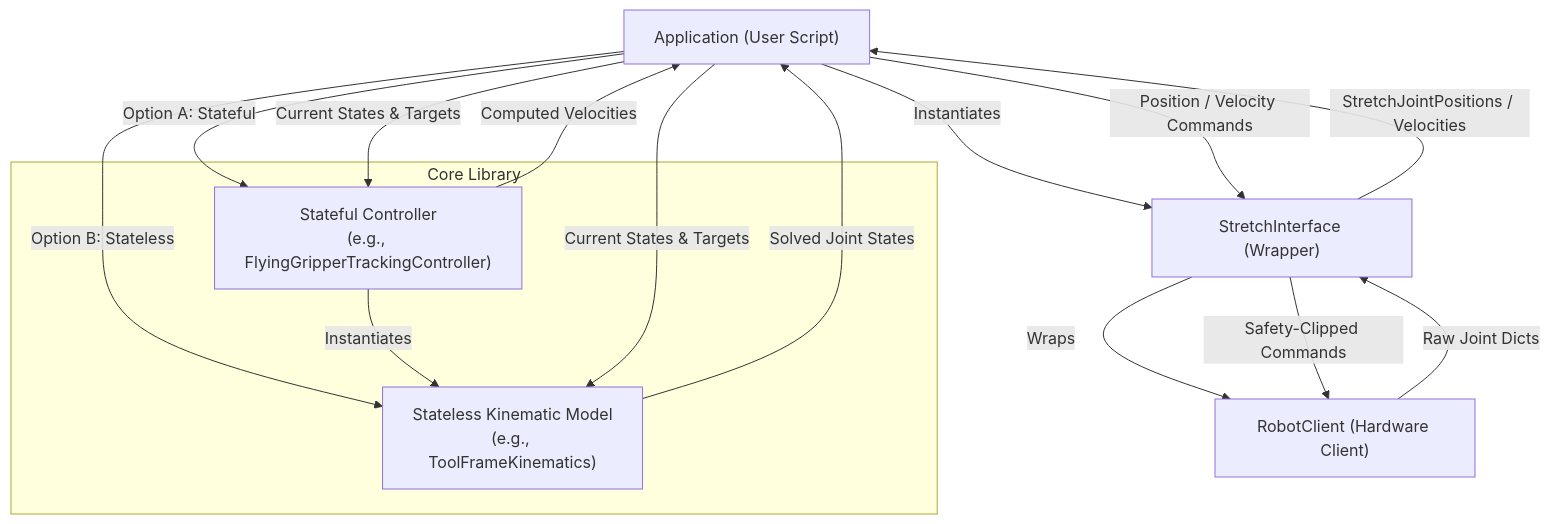
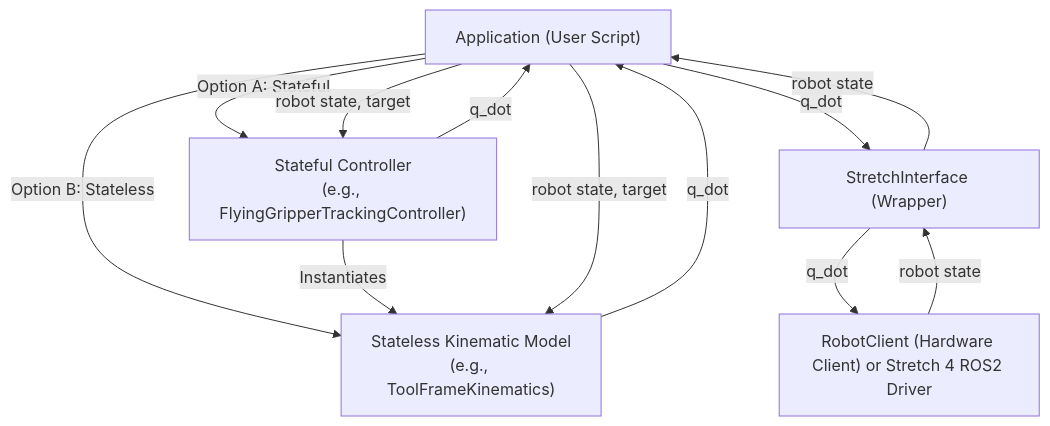
The diagram in README.md (hello-robot/stretch4_kinematics), drawn with Mermaid before and after one commit.

````diff
--- a/README.md
+++ b/README.md
@@ -48,32 +48,27 @@
 ```mermaid
 graph TD
     App["Application (User Script)"]
     IF["StretchInterface (Wrapper)"]
-    RC["RobotClient (Hardware Client)"]
+    RC["RobotClient (Hardware Client) or Stretch 4 ROS2 Driver"]
     
-    subgraph Core Library
-        Ctrl["Stateful Controller<br/>(e.g., FlyingGripperTrackingController)"]
-        Kin["Stateless Kinematic Model<br/>(e.g., ToolFrameKinematics)"]
-    end
-
-    App -->|Instantiates| IF
-    IF -->|Wraps| RC
+    Ctrl["Stateful Controller<br/>(e.g., FlyingGripperTrackingController)"]
+    Kin["Stateless Kinematic Model<br/>(e.g., ToolFrameKinematics)"]
     
     %% Paradigm A vs B
     App -->|Option A: Stateful| Ctrl
     App -->|Option B: Stateless| Kin
     Ctrl -->|Instantiates| Kin
 
     %% Data Flow
-    RC -->|Raw Joint Dicts| IF
-    IF -->|StretchJointPositions / Velocities| App
+    RC -->|robot state| IF
+    IF -->|robot state| App
     
-    App -->|Current States & Targets| Ctrl
-    Ctrl -->|Computed Velocities| App
+    App -->|robot state, target| Ctrl
+    Ctrl -->|q_dot| App
     
-    App -->|Current States & Targets| Kin
-    Kin -->|Solved Joint States| App
+    App -->|robot state, target| Kin
+    Kin -->|q_dot| App
     
-    App -->|Position / Velocity Commands| IF
-    IF -->|Safety-Clipped Commands| RC
+    App -->|q_dot| IF
+    IF -->|q_dot| RC
 ```
````
